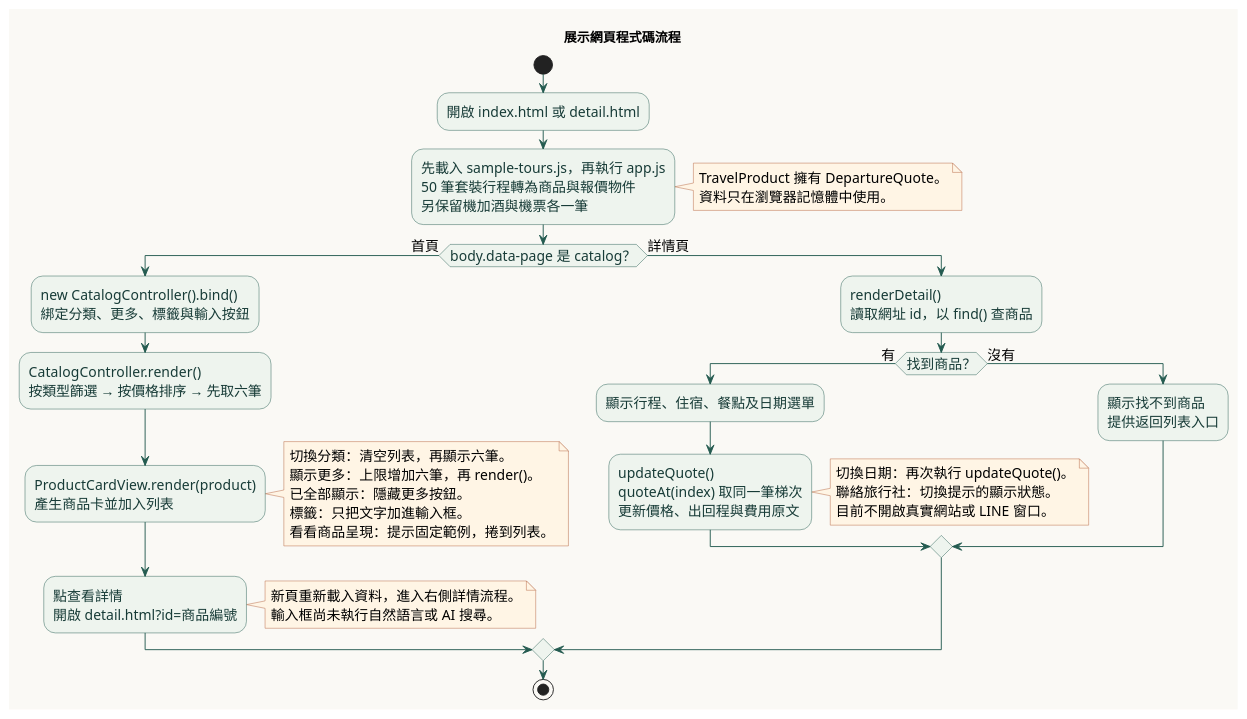
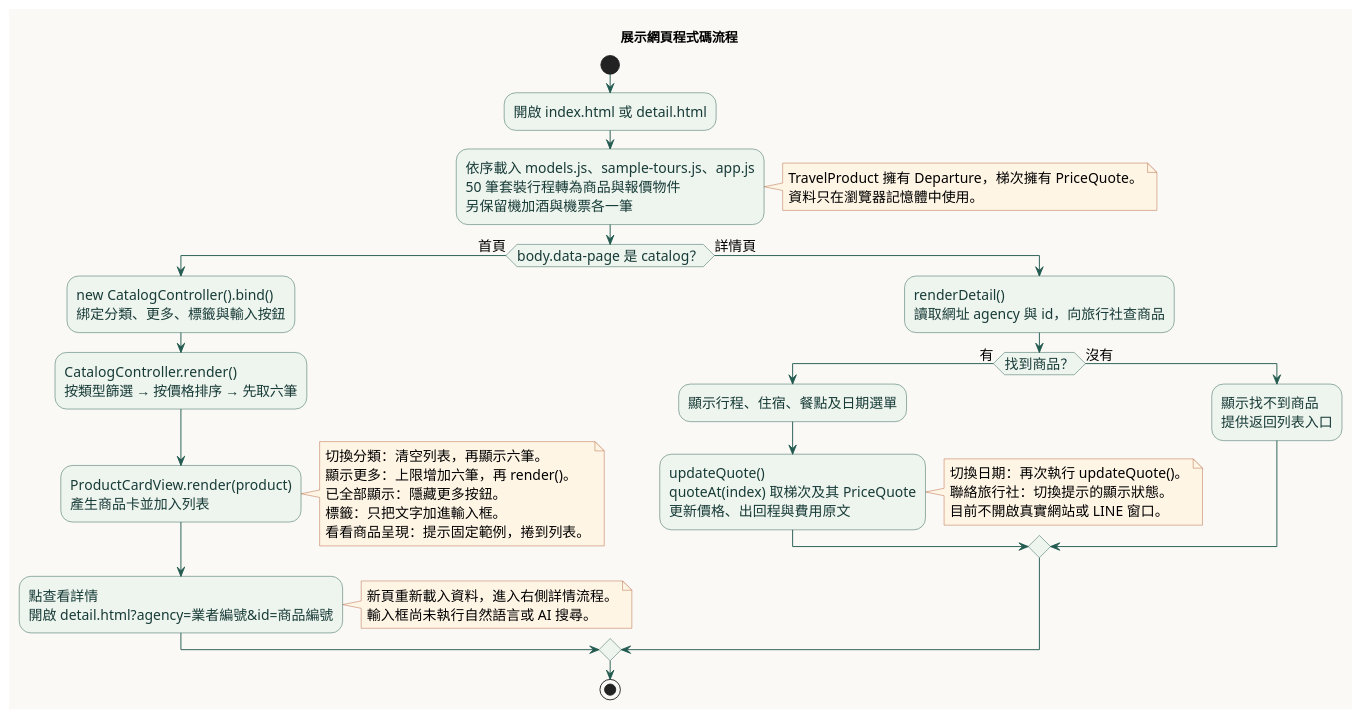
Before and after one commit to buhaw7w/desktop-tutorial: the diagram in 作業區/獨立展示/程式碼流程圖.puml, drawn with PlantUML. The commit also changed 14 other files, not shown here.

Commit message:
新增簡單商品類別圖與實際模型，接到展示頁並提供可執行例子

```diff
--- a/作業區/獨立展示/程式碼流程圖.puml
+++ b/作業區/獨立展示/程式碼流程圖.puml
@@ -1,52 +1,52 @@
 @startuml CodeFlow
 ' 中文說明：依目前 app.js 繪製首次載入與事件處理；沒有後端或 AI 呼叫。
 title 展示網頁程式碼流程
 skinparam defaultFontName Microsoft JhengHei
 skinparam defaultFontSize 15
 skinparam shadowing false
 skinparam backgroundColor #FAF9F5
 skinparam activityBackgroundColor #EEF4EE
 skinparam activityBorderColor #245B50
 skinparam activityFontColor #173B37
 skinparam ArrowColor #245B50
 skinparam noteBackgroundColor #FFF5E5
 skinparam noteBorderColor #B3613E
 start
 :開啟 index.html 或 detail.html;
-:先載入 sample-tours.js，再執行 app.js\n50 筆套裝行程轉為商品與報價物件\n另保留機加酒與機票各一筆;
+:依序載入 models.js、sample-tours.js、app.js\n50 筆套裝行程轉為商品與報價物件\n另保留機加酒與機票各一筆;
 note right
-  TravelProduct 擁有 DepartureQuote。
+  TravelProduct 擁有 Departure，梯次擁有 PriceQuote。
   資料只在瀏覽器記憶體中使用。
 end note
 if (body.data-page 是 catalog？) then (首頁)
   :new CatalogController().bind()\n綁定分類、更多、標籤與輸入按鈕;
   :CatalogController.render()\n按類型篩選 → 按價格排序 → 先取六筆;
   :ProductCardView.render(product)\n產生商品卡並加入列表;
   note right
     切換分類：清空列表，再顯示六筆。
     顯示更多：上限增加六筆，再 render()。
     已全部顯示：隱藏更多按鈕。
     標籤：只把文字加進輸入框。
     看看商品呈現：提示固定範例，捲到列表。
   end note
-  :點查看詳情\n開啟 detail.html?id=商品編號;
+  :點查看詳情\n開啟 detail.html?agency=業者編號&id=商品編號;
   note right
     新頁重新載入資料，進入右側詳情流程。
     輸入框尚未執行自然語言或 AI 搜尋。
   end note
 else (詳情頁)
-  :renderDetail()\n讀取網址 id，以 find() 查商品;
+  :renderDetail()\n讀取網址 agency 與 id，向旅行社查商品;
   if (找到商品？) then (有)
     :顯示行程、住宿、餐點及日期選單;
-    :updateQuote()\nquoteAt(index) 取同一筆梯次\n更新價格、出回程與費用原文;
+    :updateQuote()\nquoteAt(index) 取梯次及其 PriceQuote\n更新價格、出回程與費用原文;
     note right
       切換日期：再次執行 updateQuote()。
       聯絡旅行社：切換提示的顯示狀態。
       目前不開啟真實網站或 LINE 窗口。
     end note
   else (沒有)
     :顯示找不到商品\n提供返回列表入口;
   endif
 endif
 stop
 @enduml
```
